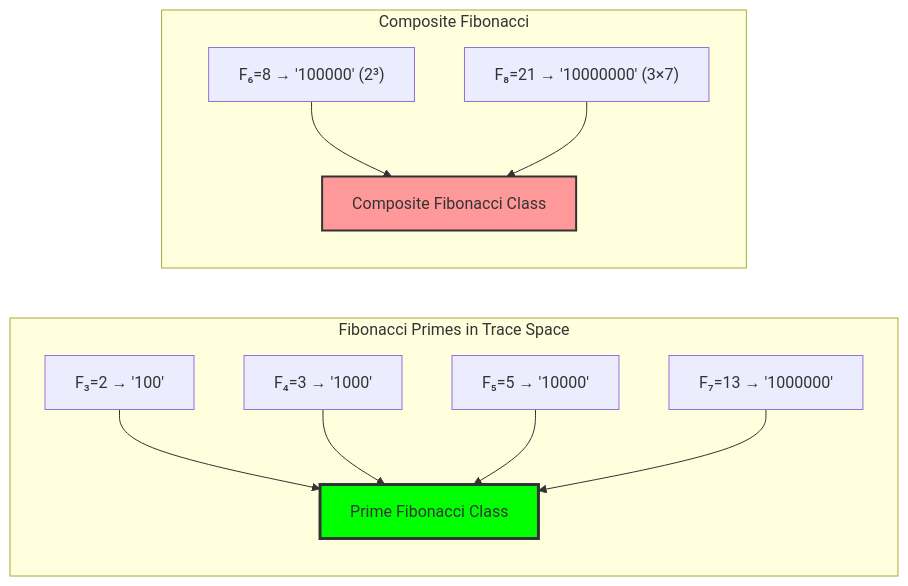
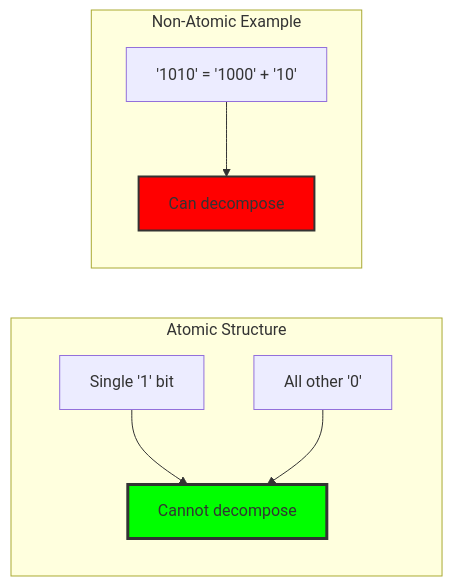
One commit to loning/the-binarymath changed the second of 13 diagrams in docs/codex/volume-01-trace-numbers/chapter-023-prime-trace.md. Above: the diagram before and after it, drawn with Mermaid. The commit also changed other lines of this file and 4 other files, not shown here.

````diff
--- a/docs/codex/volume-01-trace-numbers/chapter-023-prime-trace.md
+++ b/docs/codex/volume-01-trace-numbers/chapter-023-prime-trace.md
@@ -83,25 +124,20 @@
 ```mermaid
 graph LR
-    subgraph "Fibonacci Primes in Trace Space"
-        F3["F₃=2 → '100'"]
-        F4["F₄=3 → '1000'"]
-        F5["F₅=5 → '10000'"]
-        F7["F₇=13 → '1000000'"]
+    subgraph "Atomic Structure"
+        ATOM["Single '1' bit"]
+        ZEROS["All other '0'"]
+        IRREDUCIBLE["Cannot decompose"]
         
-        PRIME_CLASS["Prime Fibonacci Class"]
-        
-        F3 & F4 & F5 & F7 --> PRIME_CLASS
+        ATOM & ZEROS --> IRREDUCIBLE
     end
     
-    subgraph "Composite Fibonacci"
-        F6["F₆=8 → '100000' (2³)"]
-        F8["F₈=21 → '10000000' (3×7)"]
+    subgraph "Non-Atomic Example"
+        COMPOSITE["'1010' = '1000' + '10'"]
+        DECOMPOSE["Can decompose"]
         
-        COMPOSITE_CLASS["Composite Fibonacci Class"]
-        
-        F6 & F8 --> COMPOSITE_CLASS
+        COMPOSITE --> DECOMPOSE
     end
     
-    style PRIME_CLASS fill:#0f0,stroke:#333,stroke-width:3px
-    style COMPOSITE_CLASS fill:#f99,stroke:#333,stroke-width:2px
+    style IRREDUCIBLE fill:#0f0,stroke:#333,stroke-width:3px
+    style DECOMPOSE fill:#f00,stroke:#333,stroke-width:2px
 ```
````
